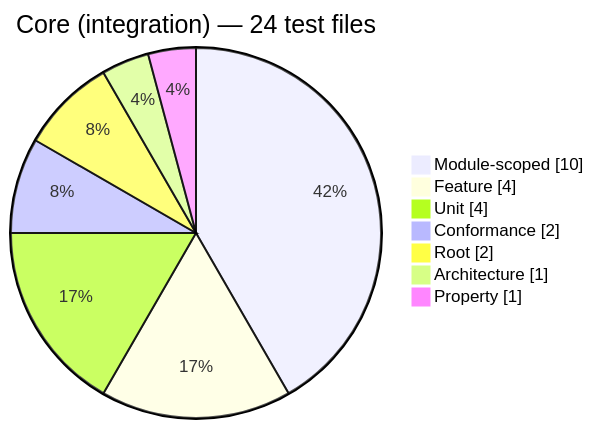
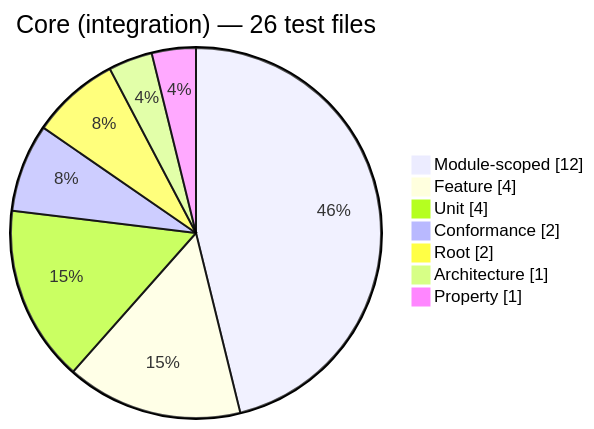
Diagram 11 of 12 in docs/generated/test-composition.md (Mohammed-Alama/php-arazzo), drawn with Mermaid before and after one commit. The commit also changed other lines of this file and 13 other files, not shown here.

````diff
--- a/docs/generated/test-composition.md
+++ b/docs/generated/test-composition.md
@@ -150,11 +150,11 @@
 ```mermaid
 pie showData
-    title Core (integration) — 24 test files
-    "Module-scoped": 10
+    title Core (integration) — 26 test files
+    "Module-scoped": 12
     "Feature": 4
     "Unit": 4
     "Conformance": 2
     "Root": 2
     "Architecture": 1
     "Property": 1
 ```
````
